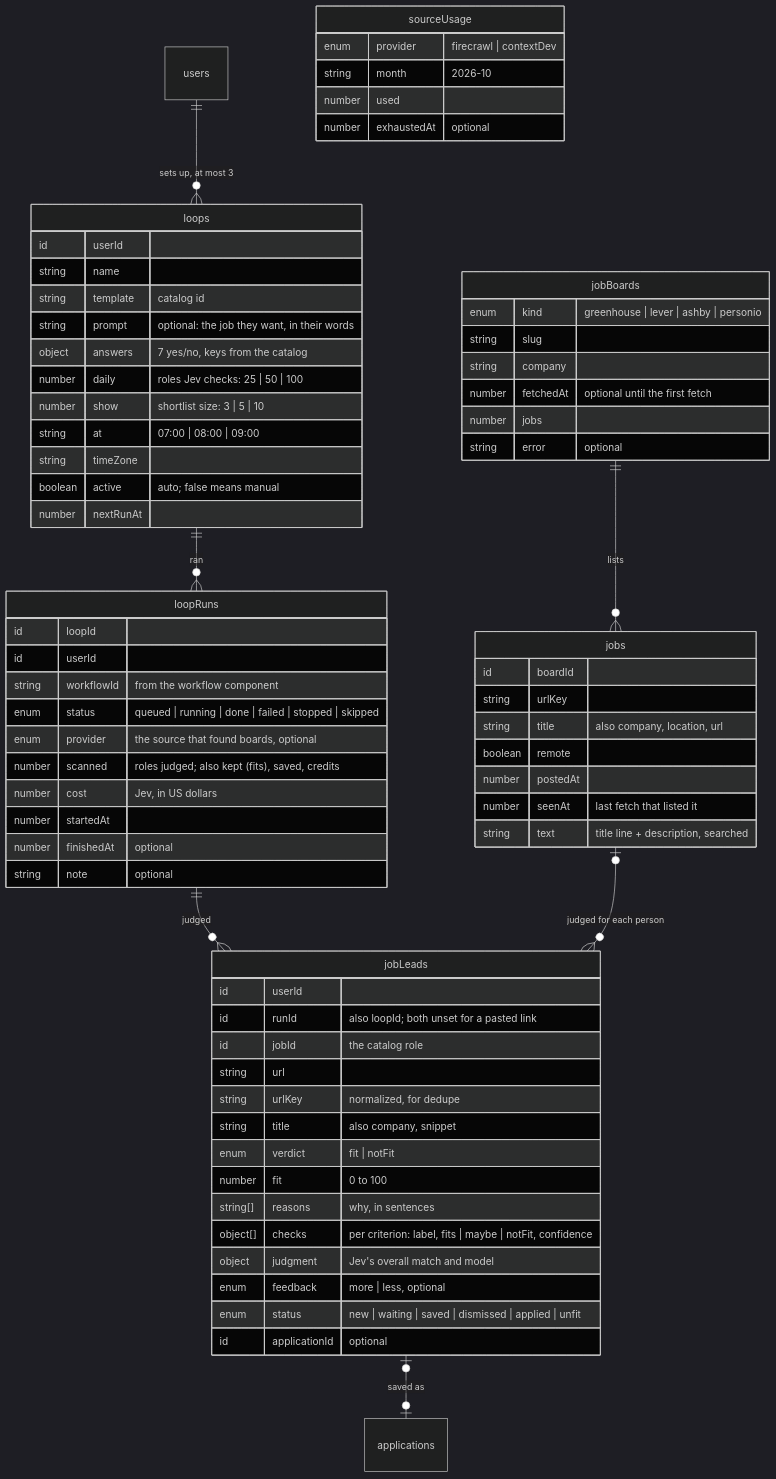
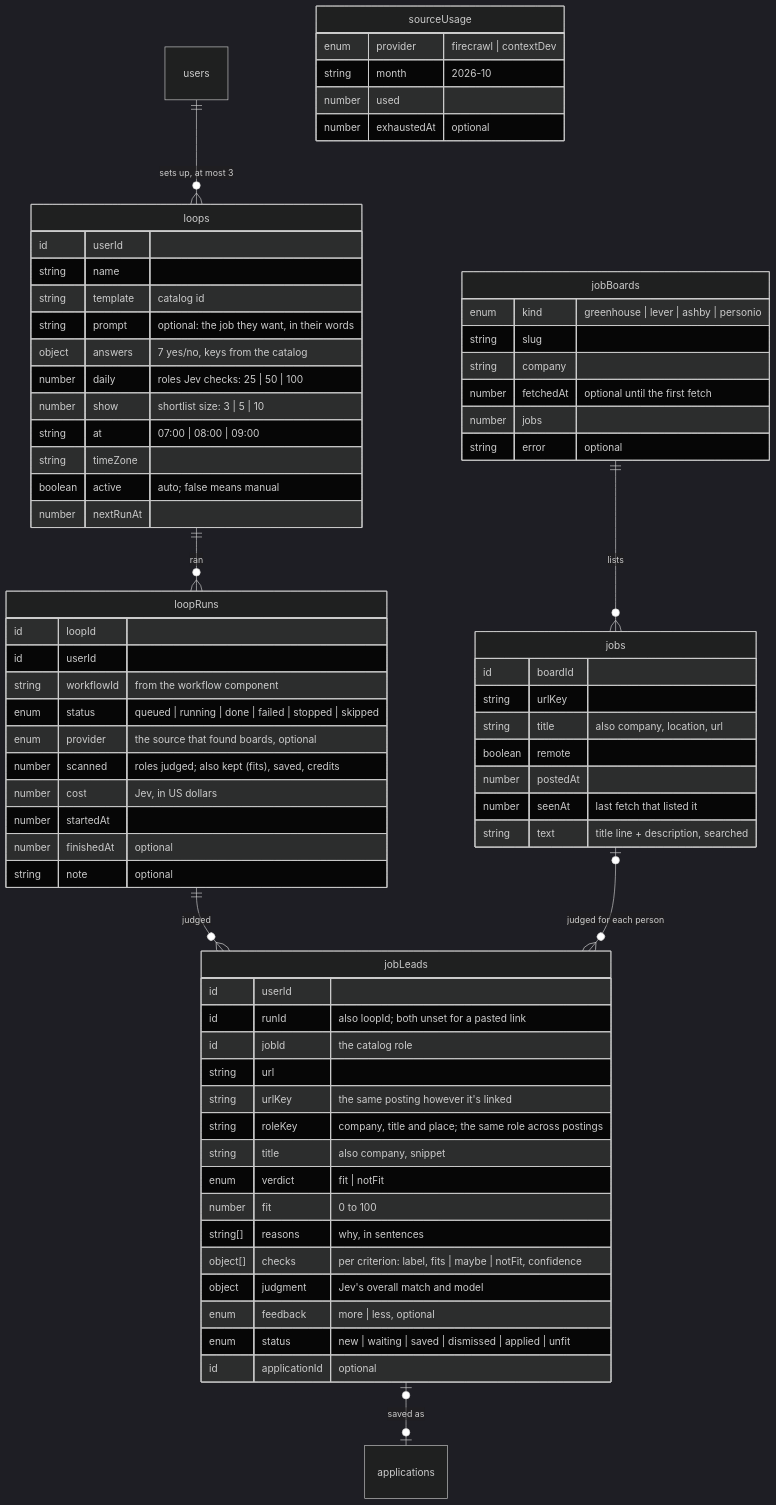
One commit to saranatour1/job-tracking-helper changed the second of 3 diagrams in docs/database-design.md. Above: the diagram before and after it, drawn with Mermaid (dark theme). The commit also changed other lines of this file and 13 other files, not shown here.

First line of the commit message:
feat(jobs): show the same job once across postings

````diff
--- a/docs/database-design.md
+++ b/docs/database-design.md
@@ -264,74 +264,75 @@
 ```mermaid
 erDiagram
     users ||--o{ loops : "sets up, at most 3"
     loops ||--o{ loopRuns : "ran"
     loopRuns ||--o{ jobLeads : "judged"
     jobBoards ||--o{ jobs : "lists"
     jobs |o--o{ jobLeads : "judged for each person"
     jobLeads |o--o| applications : "saved as"
 
     loops {
         id userId
         string name
         string template "catalog id"
         string prompt "optional: the job they want, in their words"
         object answers "7 yes/no, keys from the catalog"
         number daily "roles Jev checks: 25 | 50 | 100"
         number show "shortlist size: 3 | 5 | 10"
         string at "07:00 | 08:00 | 09:00"
         string timeZone
         boolean active "auto; false means manual"
         number nextRunAt
     }
     loopRuns {
         id loopId
         id userId
         string workflowId "from the workflow component"
         enum status "queued | running | done | failed | stopped | skipped"
         enum provider "the source that found boards, optional"
         number scanned "roles judged; also kept (fits), saved, credits"
         number cost "Jev, in US dollars"
         number startedAt
         number finishedAt "optional"
         string note "optional"
     }
     jobLeads {
         id userId
         id runId "also loopId; both unset for a pasted link"
         id jobId "the catalog role"
         string url
-        string urlKey "normalized, for dedupe"
+        string urlKey "the same posting however it's linked"
+        string roleKey "company, title and place; the same role across postings"
         string title "also company, snippet"
         enum verdict "fit | notFit"
         number fit "0 to 100"
         string[] reasons "why, in sentences"
         object[] checks "per criterion: label, fits | maybe | notFit, confidence"
         object judgment "Jev's overall match and model"
         enum feedback "more | less, optional"
         enum status "new | waiting | saved | dismissed | applied | unfit"
         id applicationId "optional"
     }
     jobs {
         id boardId
         string urlKey
         string title "also company, location, url"
         boolean remote
         number postedAt
         number seenAt "last fetch that listed it"
         string text "title line + description, searched"
     }
     jobBoards {
         enum kind "greenhouse | lever | ashby | personio"
         string slug
         string company
         number fetchedAt "optional until the first fetch"
         number jobs
         string error "optional"
     }
     sourceUsage {
         enum provider "firecrawl | contextDev"
         string month "2026-10"
         number used
         number exhaustedAt "optional"
     }
 ```
````
